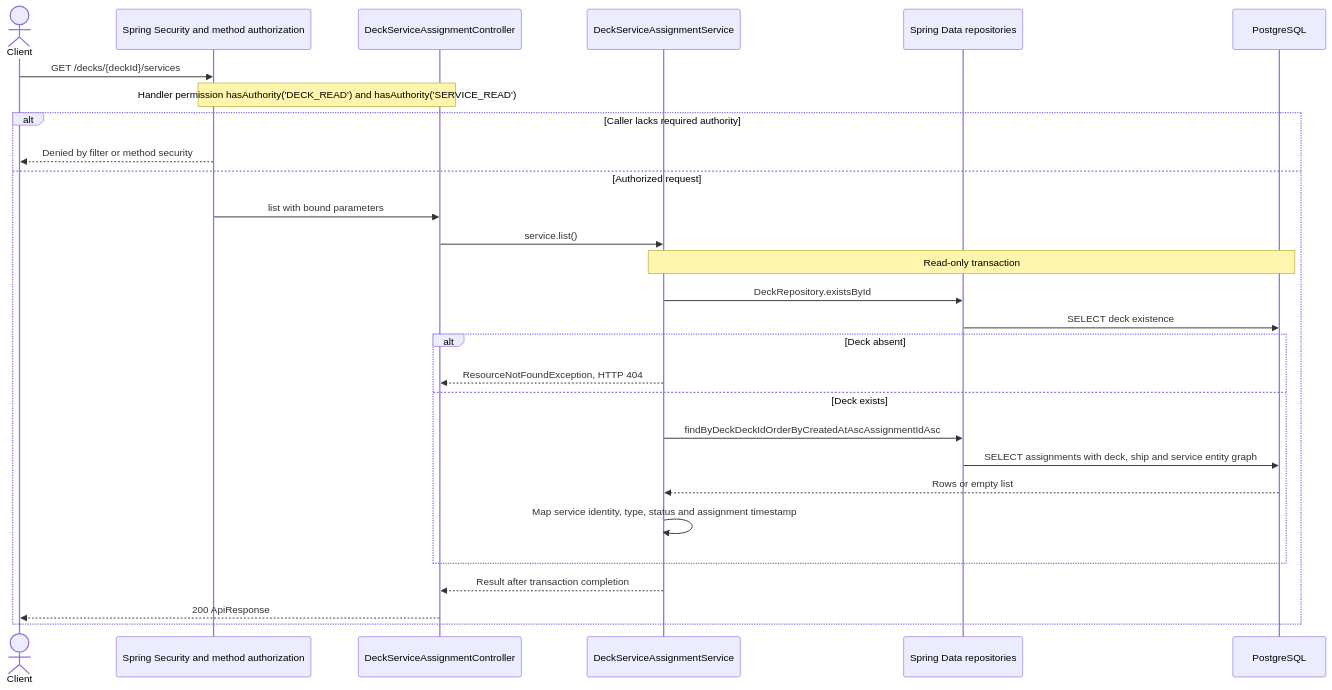
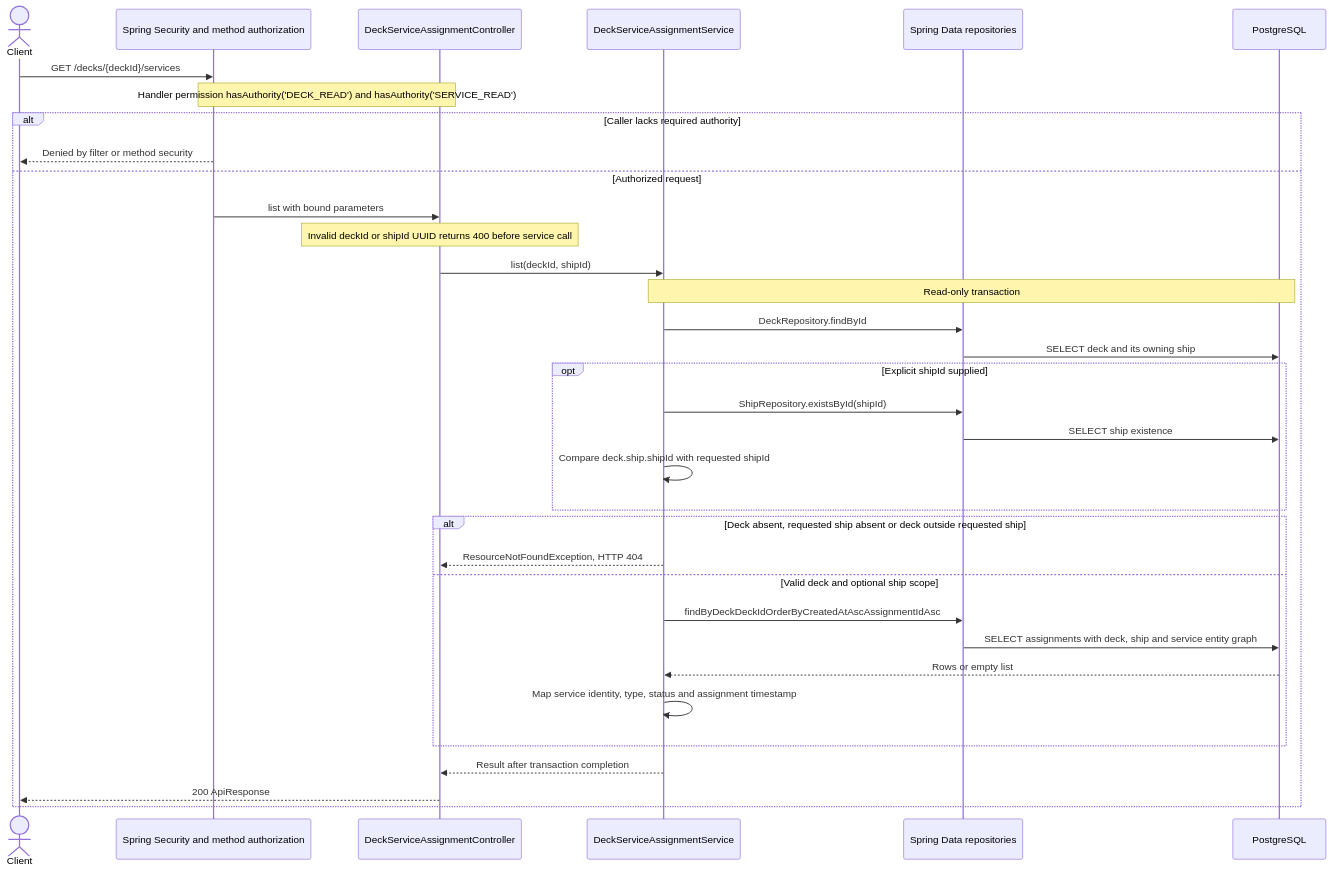
One commit to ShiroSs00/CASMS_Backend changed the diagram in docs/sequence-diagrams/ship/get-decks-deckid-services.md. Above: the diagram before and after it, drawn with Mermaid. The commit also changed other lines of this file and 9 other files, not shown here.

Commit message:
CASMS-90 validate deck service assignments against optional ship scope

````diff
--- a/docs/sequence-diagrams/ship/get-decks-deckid-services.md
+++ b/docs/sequence-diagrams/ship/get-decks-deckid-services.md
@@ -7,30 +7,36 @@
 ```mermaid
 sequenceDiagram
     actor Client
     participant Security as Spring Security and method authorization
     participant Controller as DeckServiceAssignmentController
     participant Service as DeckServiceAssignmentService
     participant Repository as Spring Data repositories
     participant DB as PostgreSQL
     Client->>Security: GET /decks/{deckId}/services
     Note over Security,Controller: Handler permission hasAuthority('DECK_READ') and hasAuthority('SERVICE_READ')
     alt Caller lacks required authority
         Security-->>Client: Denied by filter or method security
     else Authorized request
         Security->>Controller: list with bound parameters
-        Controller->>Service: service.list()
+        Note over Controller: Invalid deckId or shipId UUID returns 400 before service call
+        Controller->>Service: list(deckId, shipId)
         Note over Service,DB: Read-only transaction
-        Service->>Repository: DeckRepository.existsById
-        Repository->>DB: SELECT deck existence
-        alt Deck absent
+        Service->>Repository: DeckRepository.findById
+        Repository->>DB: SELECT deck and its owning ship
+        opt Explicit shipId supplied
+            Service->>Repository: ShipRepository.existsById(shipId)
+            Repository->>DB: SELECT ship existence
+            Service->>Service: Compare deck.ship.shipId with requested shipId
+        end
+        alt Deck absent, requested ship absent or deck outside requested ship
             Service-->>Controller: ResourceNotFoundException, HTTP 404
-        else Deck exists
+        else Valid deck and optional ship scope
             Service->>Repository: findByDeckDeckIdOrderByCreatedAtAscAssignmentIdAsc
             Repository->>DB: SELECT assignments with deck, ship and service entity graph
             DB-->>Service: Rows or empty list
             Service->>Service: Map service identity, type, status and assignment timestamp
         end
         Service-->>Controller: Result after transaction completion
         Controller-->>Client: 200 ApiResponse
     end
 ```
````
